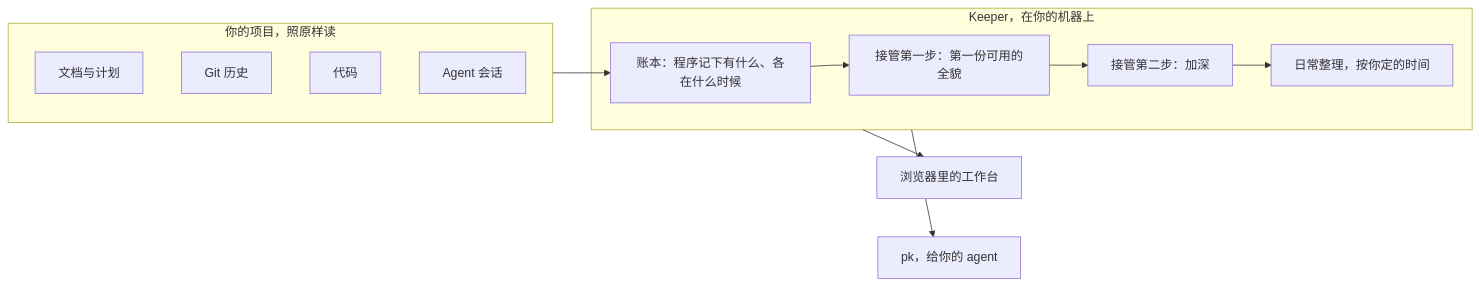
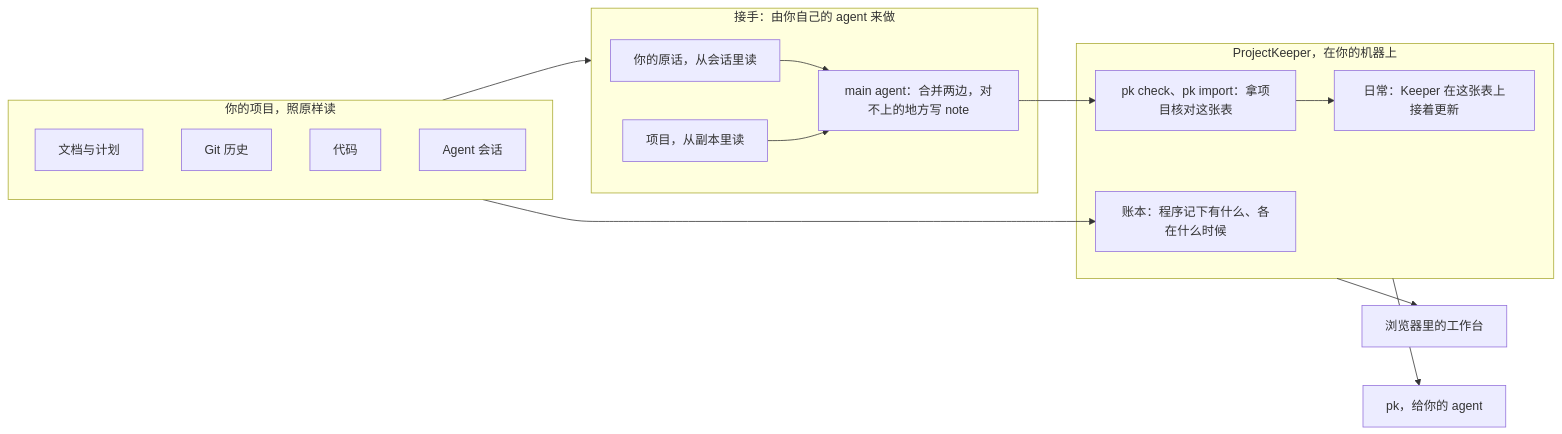
One commit to feiyanglyy-stack/ProjectKeeper changed the diagram in README.zh-CN.md. Above: the diagram before and after it, drawn with Mermaid. The commit also changed other lines of this file and 2 other files, not shown here.

````diff
--- a/README.zh-CN.md
+++ b/README.zh-CN.md
@@ -177,19 +202,27 @@
 ```mermaid
 flowchart LR
   subgraph P["你的项目，照原样读"]
     D["文档与计划"]
     G["Git 历史"]
     C["代码"]
     S["Agent 会话"]
   end
-  subgraph K["Keeper，在你的机器上"]
+  subgraph T["接手：由你自己的 agent 来做"]
+    O["你的原话，从会话里读"]
+    R["项目，从副本里读"]
+    M["main agent：合并两边，对不上的地方写 note"]
+    O --> M
+    R --> M
+  end
+  subgraph K["ProjectKeeper，在你的机器上"]
     L["账本：程序记下有什么、各在什么时候"]
-    F["接管第一步：第一份可用的全貌"]
-    E["接管第二步：加深"]
-    U["日常整理，按你定的时间"]
-    L --> F --> E --> U
+    C2["pk check、pk import：拿项目核对这张表"]
+    U["日常：Keeper 在这张表上接着更新"]
   end
   P --> L
+  P --> T
+  M --> C2
+  C2 --> U
   K --> W["浏览器里的工作台"]
   K --> A["pk，给你的 agent"]
 ```
````
